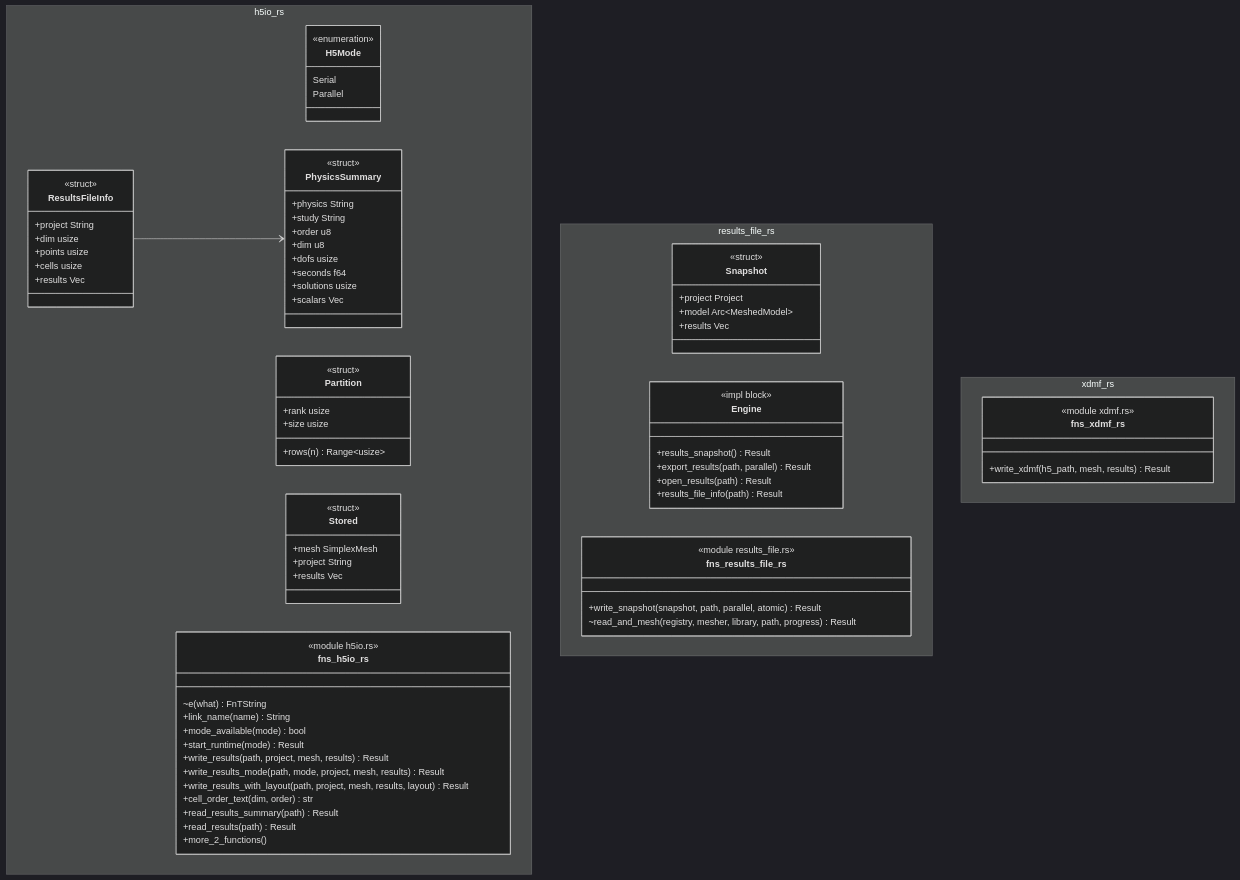
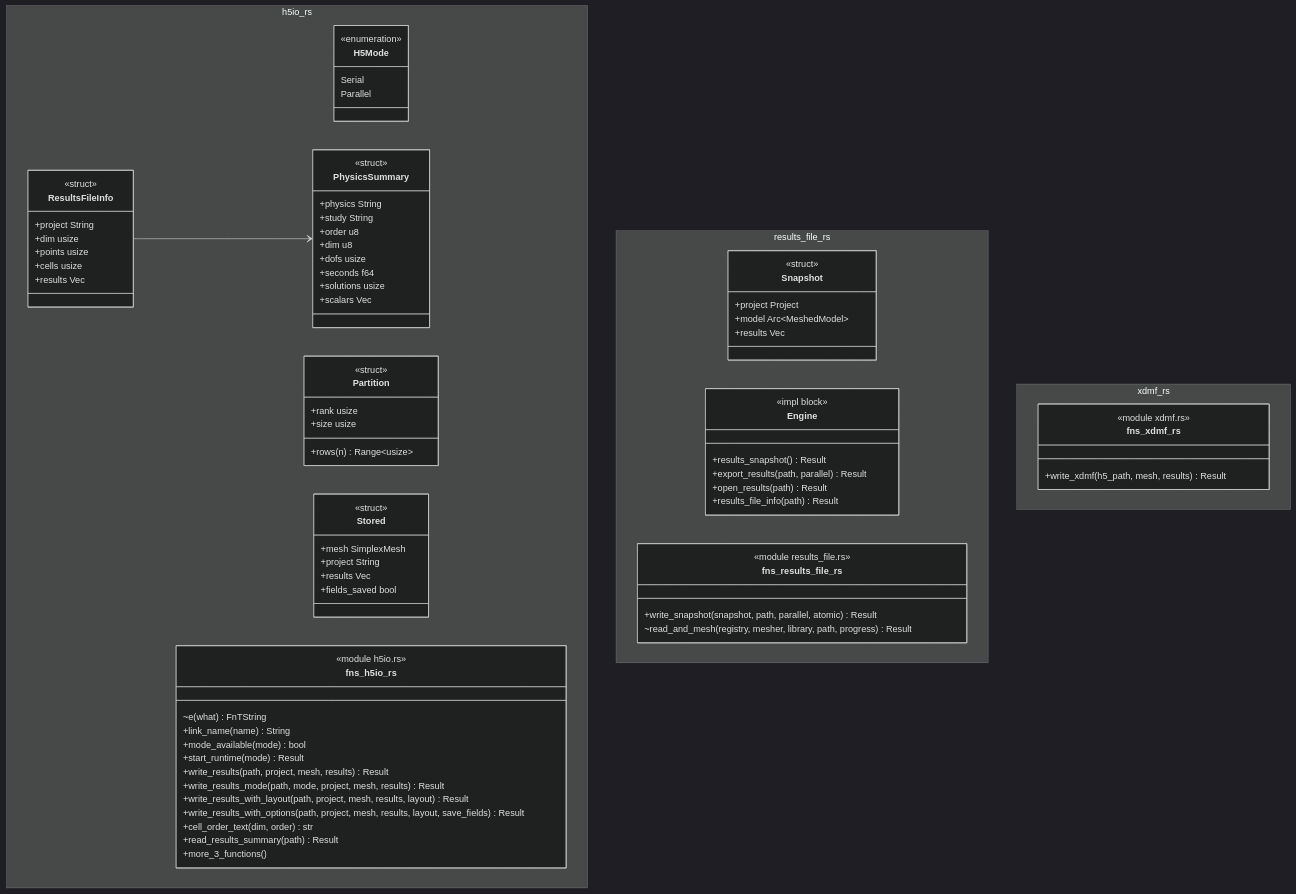
Before and after one commit to p-j-r/nyx: the diagram in docs/architecture/c4/4-code/engine/resultsIO.md, drawn with Mermaid (dark theme). The commit also changed other lines of this file and 150 other files, not shown here.

```diff
--- a/docs/architecture/c4/4-code/engine/resultsIO.md
+++ b/docs/architecture/c4/4-code/engine/resultsIO.md
@@ -78,6 +78,7 @@
         +mesh SimplexMesh
         +project String
         +results Vec
+        +fields_saved bool
     }
     class fns_h5io_rs {
         <<module h5io.rs>>
@@ -88,10 +89,10 @@
         +write_results(path, project, mesh, results) Result
         +write_results_mode(path, mode, project, mesh, results) Result
         +write_results_with_layout(path, project, mesh, results, layout) Result
+        +write_results_with_options(path, project, mesh, results, layout, save_fields) Result
         +cell_order_text(dim, order) str
         +read_results_summary(path) Result
-        +read_results(path) Result
-        +more_2_functions()
+        +more_3_functions()
     }
   }
   namespace results_file_rs {
```
